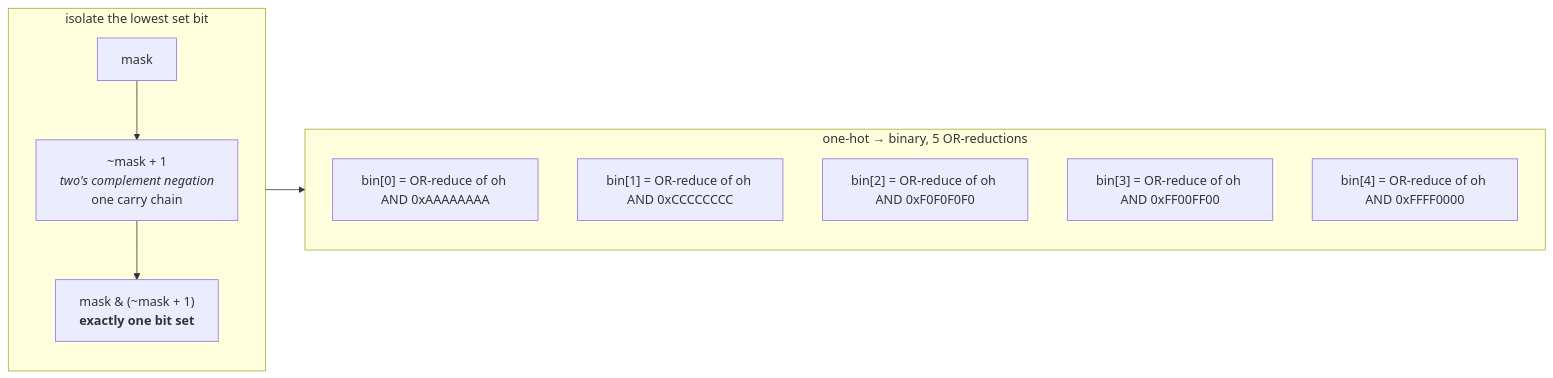
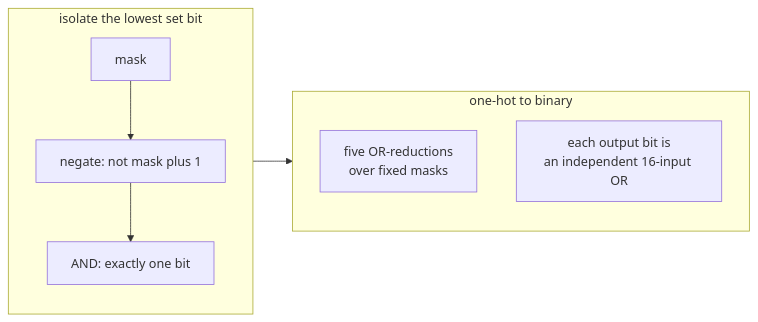
Before and after one commit to Rushmello369/fpga-feed-handler: the fourth of 5 diagrams in docs/diagrams/priority_encoder.md, drawn with Mermaid. The commit also changed other lines of this file and 12 other files, not shown here.

Commit message:
add diagrams for system and module architectures

````diff
--- a/docs/diagrams/priority_encoder.md
+++ b/docs/diagrams/priority_encoder.md
@@ -103,21 +77,13 @@
 ```mermaid
 flowchart LR
     subgraph P1["isolate the lowest set bit"]
         direction TB
-        I1["mask"]
-        I2["~mask + 1<br/><i>two's complement negation</i><br/>one carry chain"]
-        I3["mask & (~mask + 1)<br/><b>exactly one bit set</b>"]
-        I1 --> I2 --> I3
+        I1[mask] --> I2[negate: not mask plus 1] --> I3[AND: exactly one bit]
     end
-
-    subgraph P2["one-hot → binary, 5 OR-reductions"]
+    subgraph P2["one-hot to binary"]
         direction TB
-        B0["bin[0] = OR-reduce of oh AND 0xAAAAAAAA"]
-        B1["bin[1] = OR-reduce of oh AND 0xCCCCCCCC"]
-        B2["bin[2] = OR-reduce of oh AND 0xF0F0F0F0"]
-        B3["bin[3] = OR-reduce of oh AND 0xFF00FF00"]
-        B4["bin[4] = OR-reduce of oh AND 0xFFFF0000"]
+        B0[five OR-reductions<br/>over fixed masks]
+        B1[each output bit is<br/>an independent 16-input OR]
     end
-
     P1 --> P2
 ```
````
